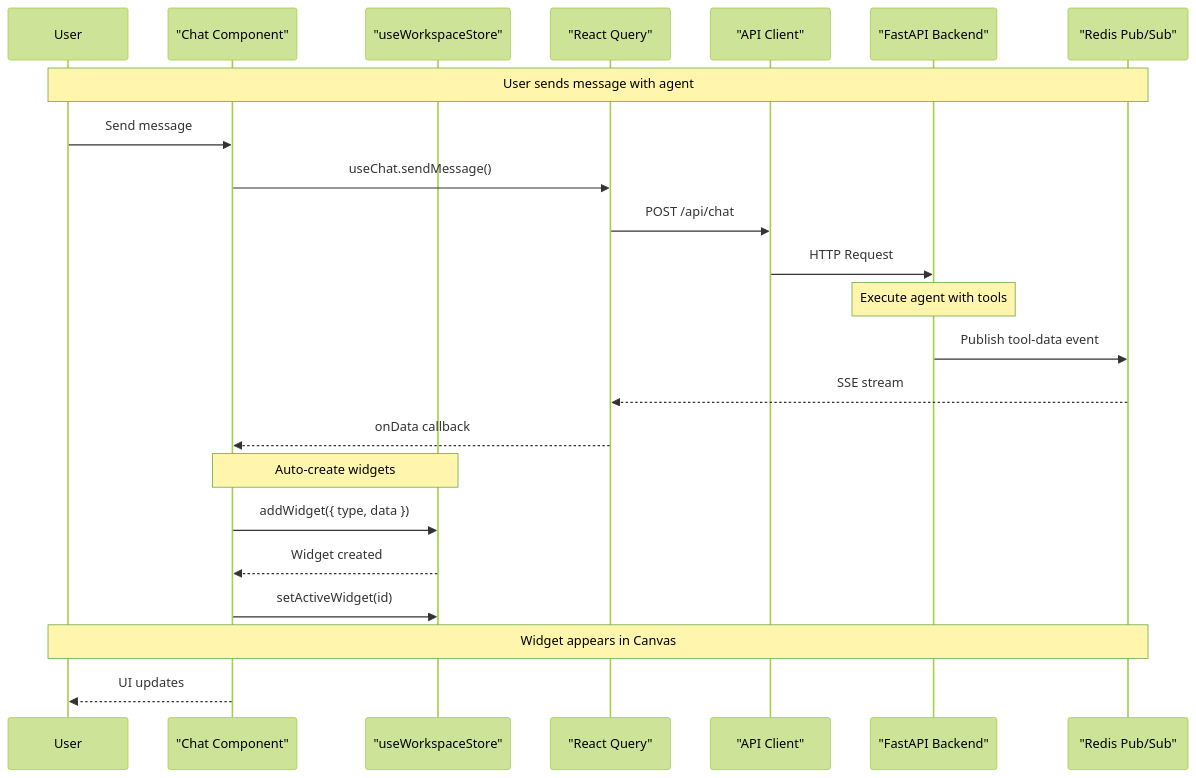
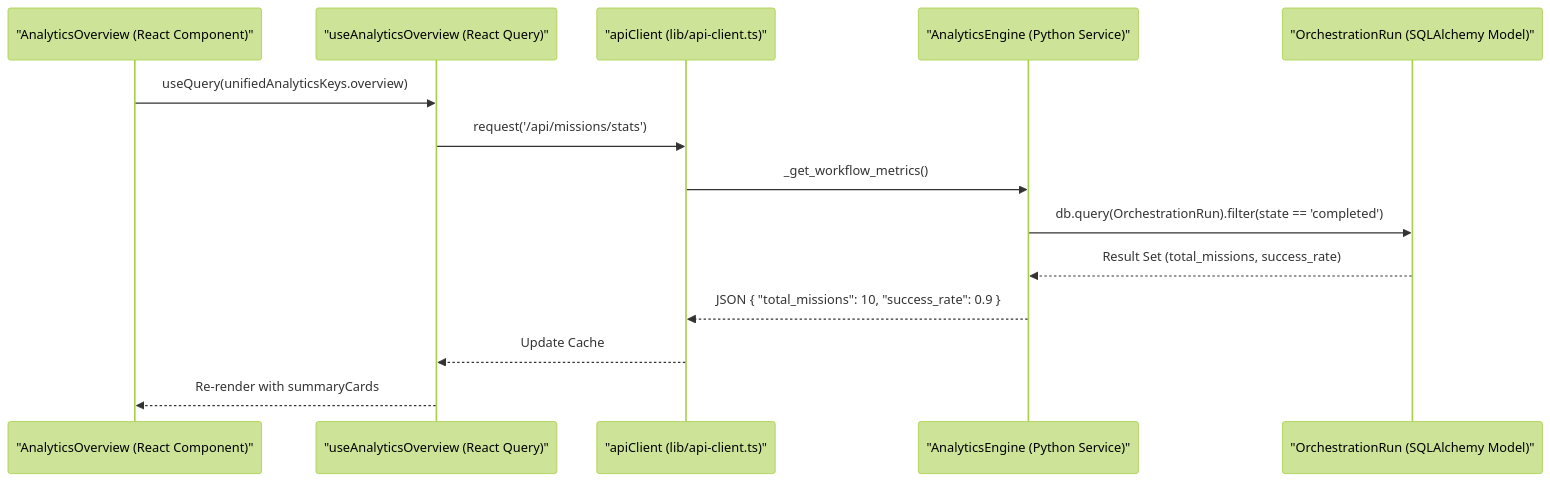
Before and after one commit to AutomatosAI/automatos-ai: the second of 2 diagrams in docs/frontend-architecture/state-management.md, drawn with Mermaid (forest theme). The commit also changed other lines of this file and 149 other files, not shown here.

Commit message:
docs: refresh documentation with graphify semantic scan

````diff
--- a/docs/frontend-architecture/state-management.md
+++ b/docs/frontend-architecture/state-management.md
@@ -513,33 +165,17 @@
 ```mermaid
 sequenceDiagram
-    participant User
-    participant ChatUI as "Chat Component"
-    participant Store as "useWorkspaceStore"
-    participant Query as "React Query"
-    participant API as "API Client"
-    participant Backend as "FastAPI Backend"
-    participant Redis as "Redis Pub/Sub"
+    participant UI as "AnalyticsOverview (React Component)"
+    participant Hook as "useAnalyticsOverview (React Query)"
+    participant Client as "apiClient (lib/api-client.ts)"
+    participant Engine as "AnalyticsEngine (Python Service)"
+    participant DB as "OrchestrationRun (SQLAlchemy Model)"
 
-    Note over User,Redis: User sends message with agent
-
-    User->>ChatUI: Send message
-    ChatUI->>Query: useChat.sendMessage()
-    Query->>API: POST /api/chat
-    API->>Backend: HTTP Request
-    
-    Note over Backend: Execute agent with tools
-    
-    Backend->>Redis: Publish tool-data event
-    Redis-->>Query: SSE stream
-    Query-->>ChatUI: onData callback
-    
-    Note over ChatUI,Store: Auto-create widgets
-    
-    ChatUI->>Store: addWidget({ type, data })
-    Store-->>ChatUI: Widget created
-    ChatUI->>Store: setActiveWidget(id)
-    
-    Note over User,Redis: Widget appears in Canvas
-    
-    ChatUI-->>User: UI updates
+    UI->>Hook: useQuery(unifiedAnalyticsKeys.overview)
+    Hook->>Client: request('/api/missions/stats')
+    Client->>Engine: _get_workflow_metrics()
+    Engine->>DB: db.query(OrchestrationRun).filter(state == 'completed')
+    DB-->>Engine: Result Set (total_missions, success_rate)
+    Engine-->>Client: JSON { "total_missions": 10, "success_rate": 0.9 }
+    Client-->>Hook: Update Cache
+    Hook-->>UI: Re-render with summaryCards
 ```
````
